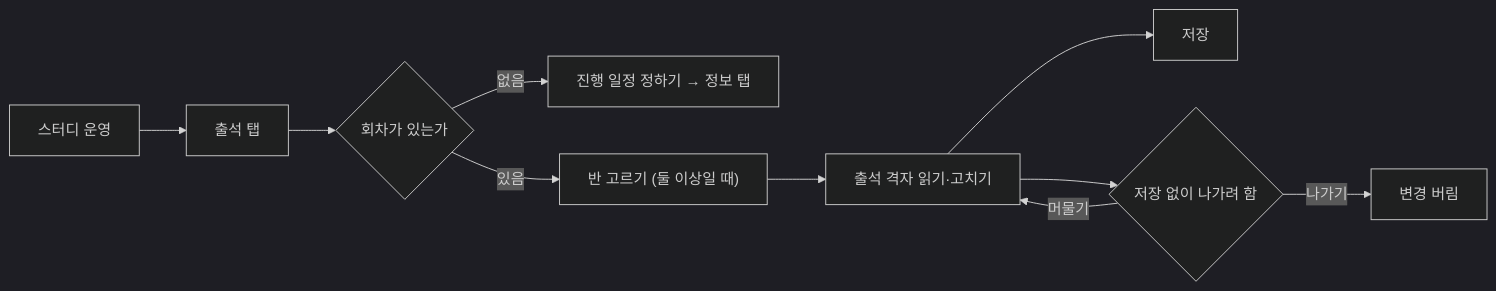
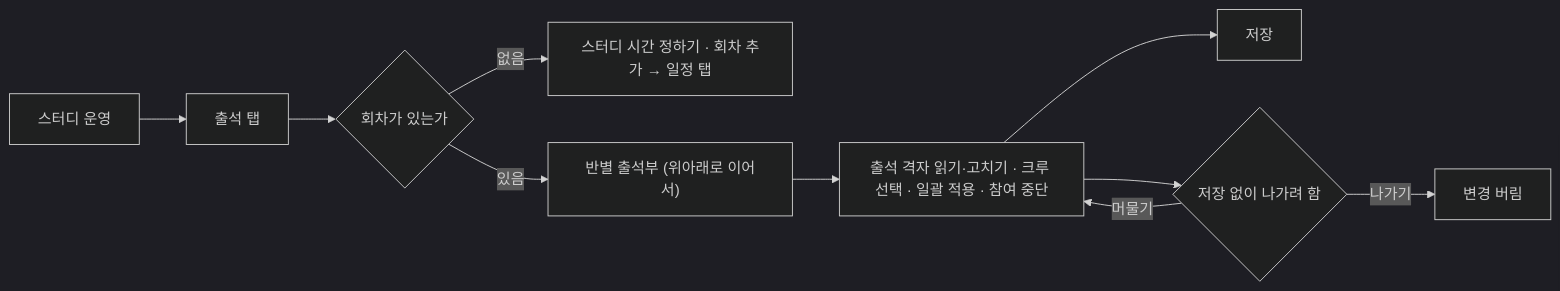
One commit to StudyClub-PlusPlus/studyclub-engineering changed the first of 2 diagrams in 01-planning/stories/captain-view-attendance-roster/PRD.md. Above: the diagram before and after it, drawn with Mermaid (dark theme). The commit also changed other lines of this file and 6 other files, not shown here.

````diff
--- a/01-planning/stories/captain-view-attendance-roster/PRD.md
+++ b/01-planning/stories/captain-view-attendance-roster/PRD.md
@@ -9,12 +9,12 @@
 ```mermaid
 flowchart LR
   A["스터디 운영"] --> B["출석 탭"]
   B --> C{"회차가 있는가"}
-  C -->|없음| D["진행 일정 정하기 → 정보 탭"]
-  C -->|있음| E["반 고르기 (둘 이상일 때)"]
-  E --> F["출석 격자 읽기·고치기"]
+  C -->|없음| D["스터디 시간 정하기 · 회차 추가 → 일정 탭"]
+  C -->|있음| E["반별 출석부 (위아래로 이어서)"]
+  E --> F["출석 격자 읽기·고치기 · 크루 선택 · 일괄 적용 · 참여 중단"]
   F --> G["저장"]
   F --> H{"저장 없이 나가려 함"}
   H -->|머물기| F
   H -->|나가기| I["변경 버림"]
 ```
````
